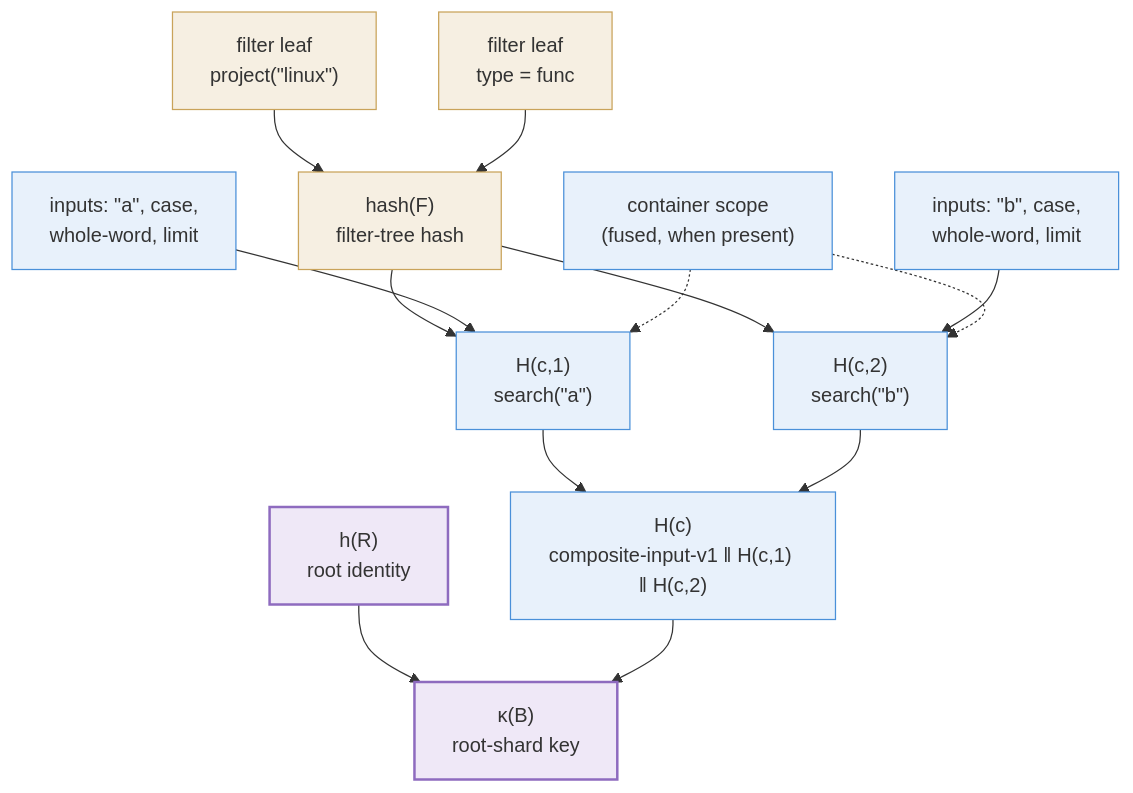
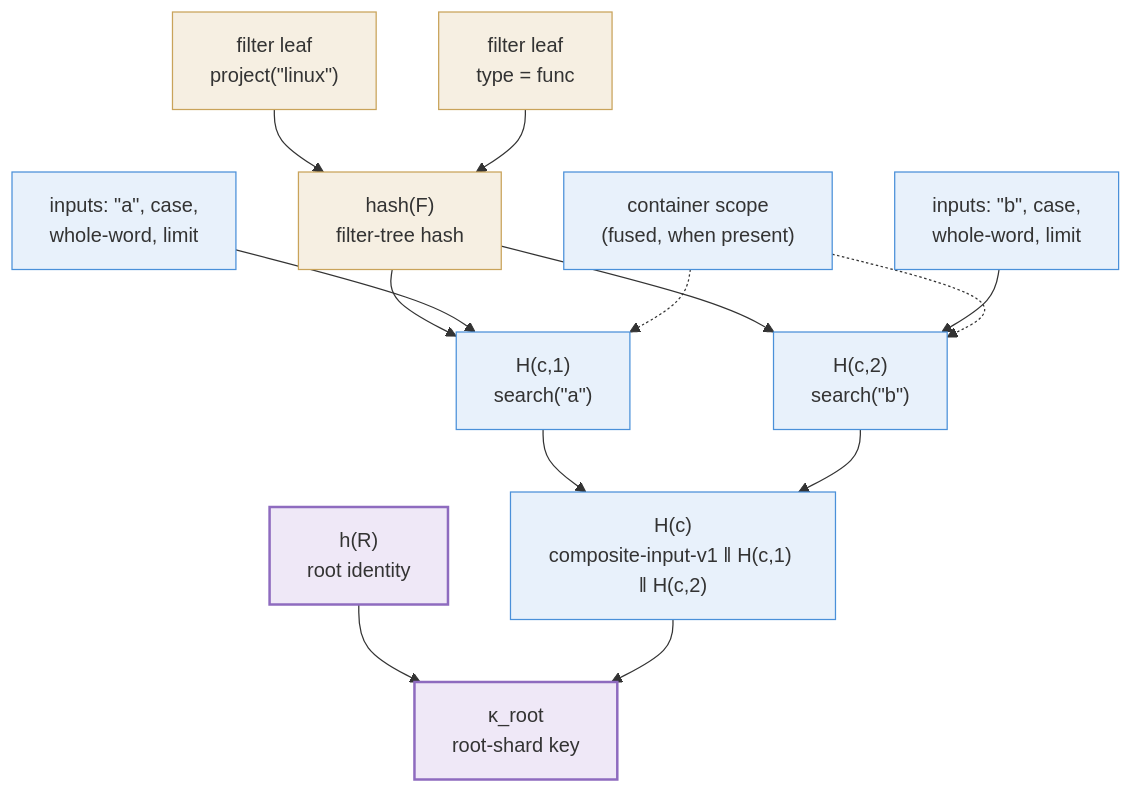
One commit to codevyr/codevyr.github.io changed the diagram in content/docs/design/layer-keys.md. Above: the diagram before and after it, drawn with Mermaid. The commit also changed other lines of this file and 3 other files, not shown here.

````diff
--- a/content/docs/design/layer-keys.md
+++ b/content/docs/design/layer-keys.md
@@ -121,22 +121,22 @@
 ```mermaid
 graph TD
     L1["filter leaf<br/>project(&quot;linux&quot;)"] --> F["hash(F)<br/>filter-tree hash"]
     L2["filter leaf<br/>type = func"] --> F
     F --> H1["H(c,1)<br/>search(&quot;a&quot;)"]
     F --> H2["H(c,2)<br/>search(&quot;b&quot;)"]
     I1["inputs: &quot;a&quot;, case,<br/>whole-word, limit"] --> H1
     I2["inputs: &quot;b&quot;, case,<br/>whole-word, limit"] --> H2
     PS["container scope<br/>(fused, when present)"] -.-> H1
     PS -.-> H2
     H1 --> HT["H(c)<br/>composite-input-v1 ‖ H(c,1) ‖ H(c,2)"]
     H2 --> HT
-    HR["h(R)<br/>root identity"] --> K["κ(B)<br/>root-shard key"]
+    HR["h(R)<br/>root identity"] --> K["κ_root<br/>root-shard key"]
     HT --> K
 
     classDef filt fill:#f6efe2,stroke:#c9a35a;
     classDef verb fill:#e8f1fb,stroke:#4a90d9;
     classDef key fill:#efe8f7,stroke:#8e6bbf,stroke-width:2px;
     class L1,L2,F filt;
     class I1,I2,H1,H2,HT,PS verb;
     class HR,K key;
 ```
````
